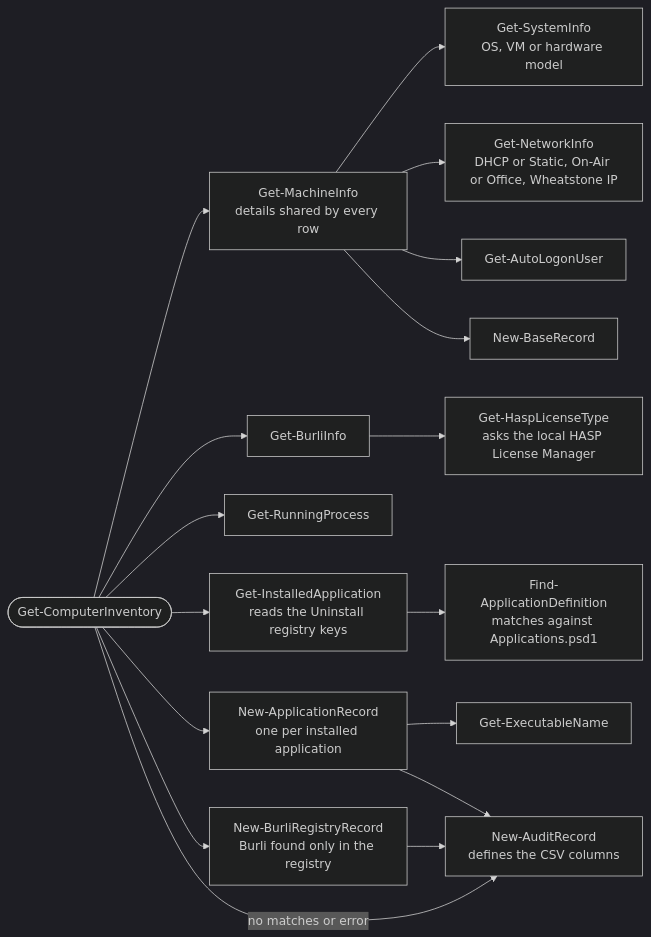
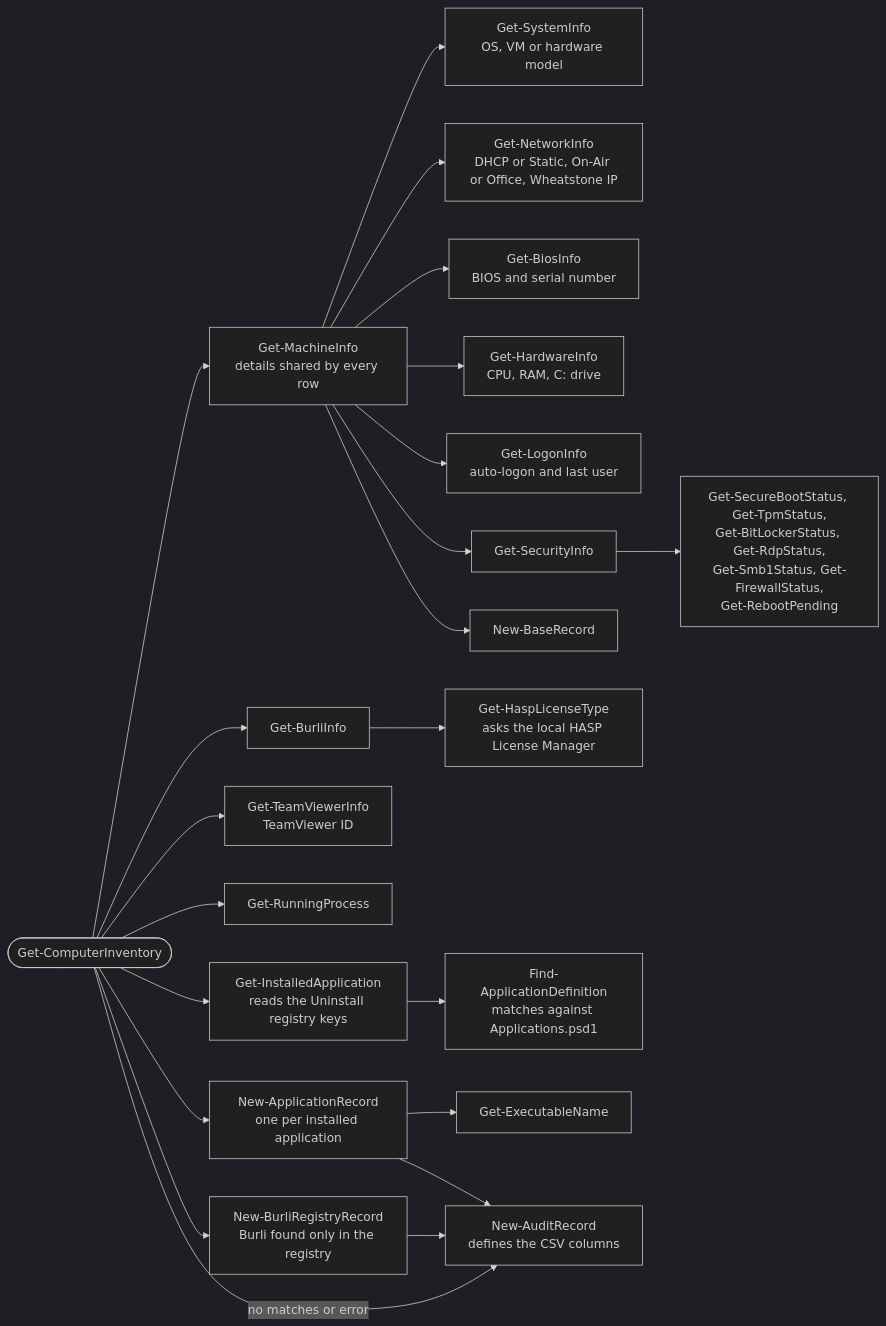
The second of 2 diagrams in README.md (Shawn-Nichol/PowerShell-Asset-Inventory), drawn with Mermaid (dark theme) before and after one commit. The commit also changed other lines of this file and 19 other files, not shown here.

First line of the commit message:
Add BIOS, hardware, logon, security and TeamViewer details

````diff
--- a/README.md
+++ b/README.md
@@ -186,27 +202,33 @@
 ```mermaid
 flowchart LR
     Inv(["Get-ComputerInventory"])
 
     Inv --> Machine["Get-MachineInfo<br/>details shared by every row"]
     Machine --> Sys["Get-SystemInfo<br/>OS, VM or hardware model"]
     Machine --> NetInfo["Get-NetworkInfo<br/>DHCP or Static, On-Air or Office, Wheatstone IP"]
-    Machine --> User["Get-AutoLogonUser"]
+    Machine --> Bios["Get-BiosInfo<br/>BIOS and serial number"]
+    Machine --> Hw["Get-HardwareInfo<br/>CPU, RAM, C: drive"]
+    Machine --> Logon["Get-LogonInfo<br/>auto-logon and last user"]
+    Machine --> Sec["Get-SecurityInfo"]
+    Sec --> SecChecks["Get-SecureBootStatus, Get-TpmStatus,<br/>Get-BitLockerStatus, Get-RdpStatus,<br/>Get-Smb1Status, Get-FirewallStatus,<br/>Get-RebootPending"]
     Machine --> Base["New-BaseRecord"]
 
     Inv --> Burli["Get-BurliInfo"]
     Burli --> Hasp["Get-HaspLicenseType<br/>asks the local HASP License Manager"]
+
+    Inv --> TV["Get-TeamViewerInfo<br/>TeamViewer ID"]
 
     Inv --> Proc["Get-RunningProcess"]
 
     Inv --> Installed["Get-InstalledApplication<br/>reads the Uninstall registry keys"]
     Installed --> Find["Find-ApplicationDefinition<br/>matches against Applications.psd1"]
 
     Inv --> AppRec["New-ApplicationRecord<br/>one per installed application"]
     AppRec --> Exe["Get-ExecutableName"]
     AppRec --> Audit["New-AuditRecord<br/>defines the CSV columns"]
 
     Inv --> BurliRec["New-BurliRegistryRecord<br/>Burli found only in the registry"]
     BurliRec --> Audit
 
     Inv -->|no matches or error| Audit
 ```
````
